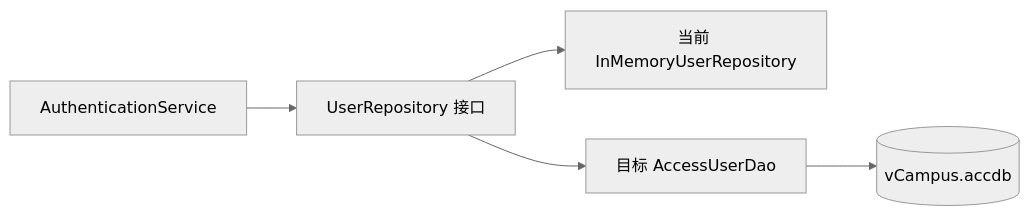
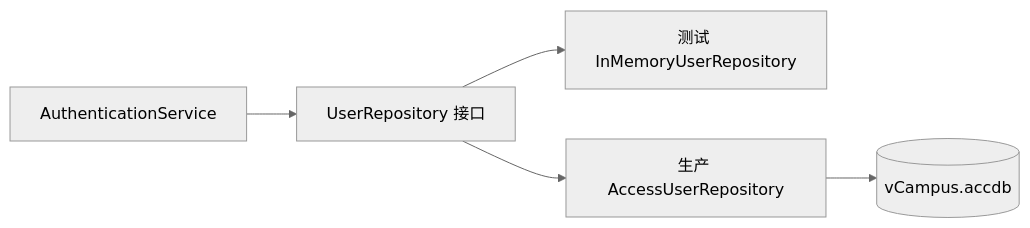
The sixth of 6 diagrams in docs/design/SOFTWARE_DESIGN_SPECIFICATION.md (qlaxyy/JAVA-Campus-software), drawn with Mermaid (neutral theme) before and after one commit. The commit also changed other lines of this file and 27 other files, not shown here.

````diff
--- a/docs/design/SOFTWARE_DESIGN_SPECIFICATION.md
+++ b/docs/design/SOFTWARE_DESIGN_SPECIFICATION.md
@@ -670,7 +696,7 @@
 ```mermaid
 flowchart LR
     AUTH[AuthenticationService] --> UR[UserRepository 接口]
-    UR --> MEM[当前 InMemoryUserRepository]
-    UR --> DAO[目标 AccessUserDao]
+    UR --> MEM[测试 InMemoryUserRepository]
+    UR --> DAO[生产 AccessUserRepository]
     DAO --> DB[(vCampus.accdb)]
 ```
````
